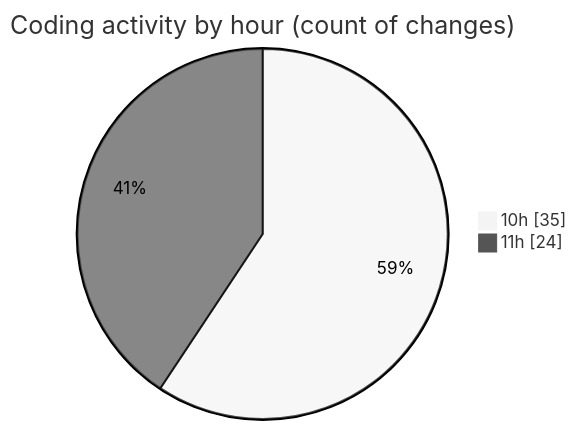
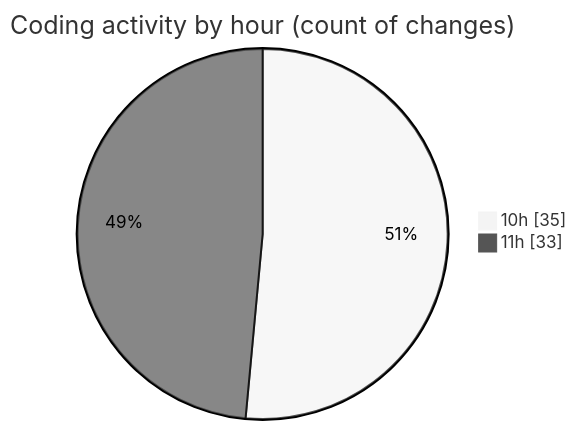
One commit to momahboobian/code-tracking changed the second of 2 diagrams in 2025-03-28/cda/README.md. Above: the diagram before and after it, drawn with Mermaid (neutral theme). The commit also changed other lines of this file and 1 other file, not shown here.

````diff
--- a/2025-03-28/cda/README.md
+++ b/2025-03-28/cda/README.md
@@ -32,6 +32,6 @@
 ```mermaid
 pie showData
 title Coding activity by hour (count of changes)
 "10h" : 35
-"11h" : 24
+"11h" : 33
 ```
````
